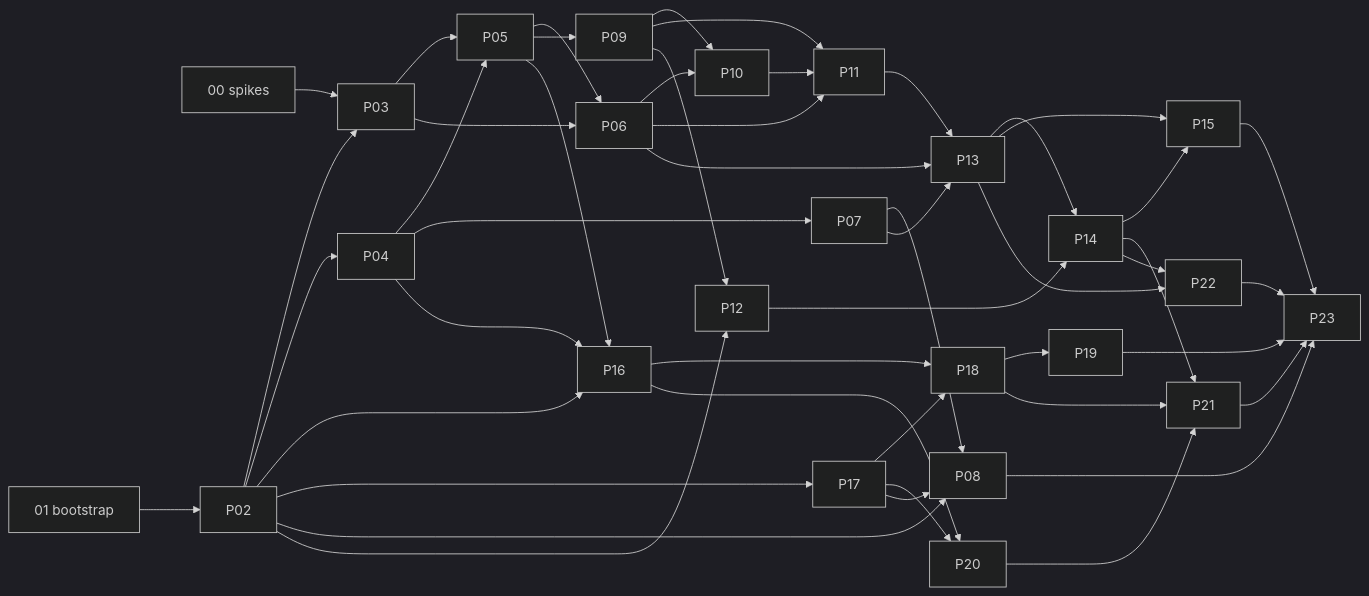
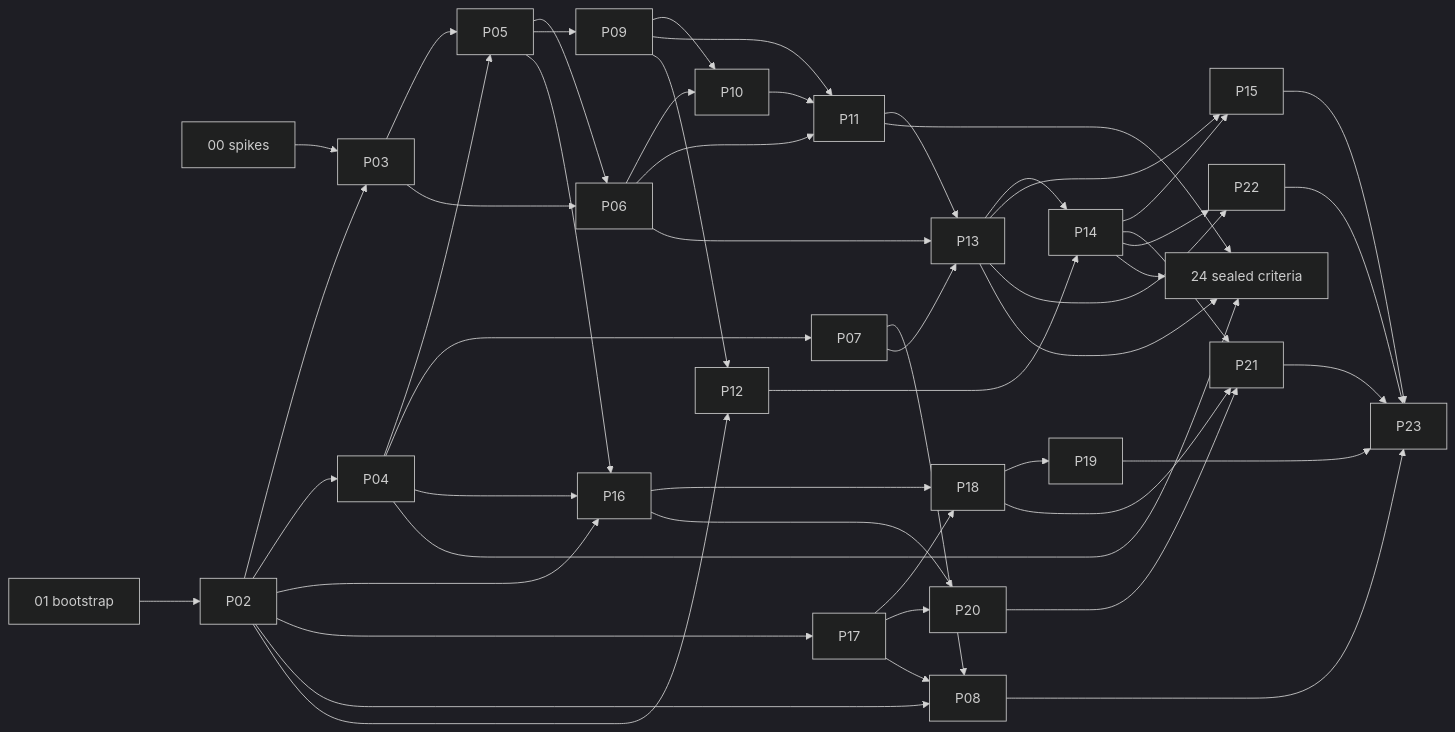
Before and after one commit to WitchyNibbles/crabgic: the diagram in roadmap/README.md, drawn with Mermaid (dark theme). The commit also changed other lines of this file and 2 other files, not shown here.

First paragraph of the commit message:
docs(roadmap): phase 24 — sealed acceptance criteria & requirement persistence
First harvest phase from the frozen archon donor (docs/archon-harvest.md §1).

````diff
--- a/roadmap/README.md
+++ b/roadmap/README.md
@@ -64,23 +65,24 @@
 ```mermaid
 graph LR
   P00[00 spikes] --> P03
   P01[01 bootstrap] --> P02
   P02 --> P03 & P04 & P16 & P17 & P08 & P12
   P03 --> P05 & P06
   P04 --> P05 & P07 & P16
   P05 --> P06 & P09 & P16
   P06 --> P10 & P11 & P13
   P07 --> P08 & P13
   P09 --> P10 & P11 & P12
   P10 --> P11
   P11 --> P13
   P12 --> P14
   P13 --> P14 & P15 & P22
   P14 --> P15 & P21 & P22
   P16 --> P18 & P20
   P17 --> P18 & P20 & P08
   P18 --> P19 & P21
   P20 --> P21
   P21 --> P23
   P08 & P15 & P19 & P22 --> P23
+  P04 & P11 & P13 & P14 --> P24[24 sealed criteria]
 ```
````
